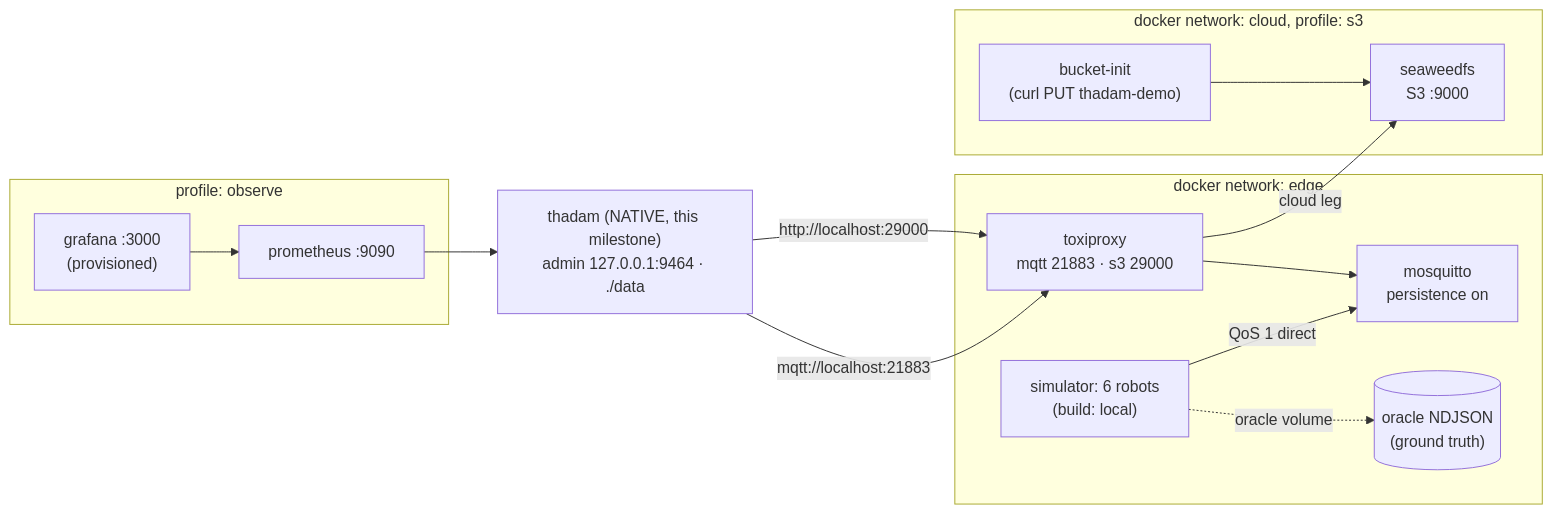
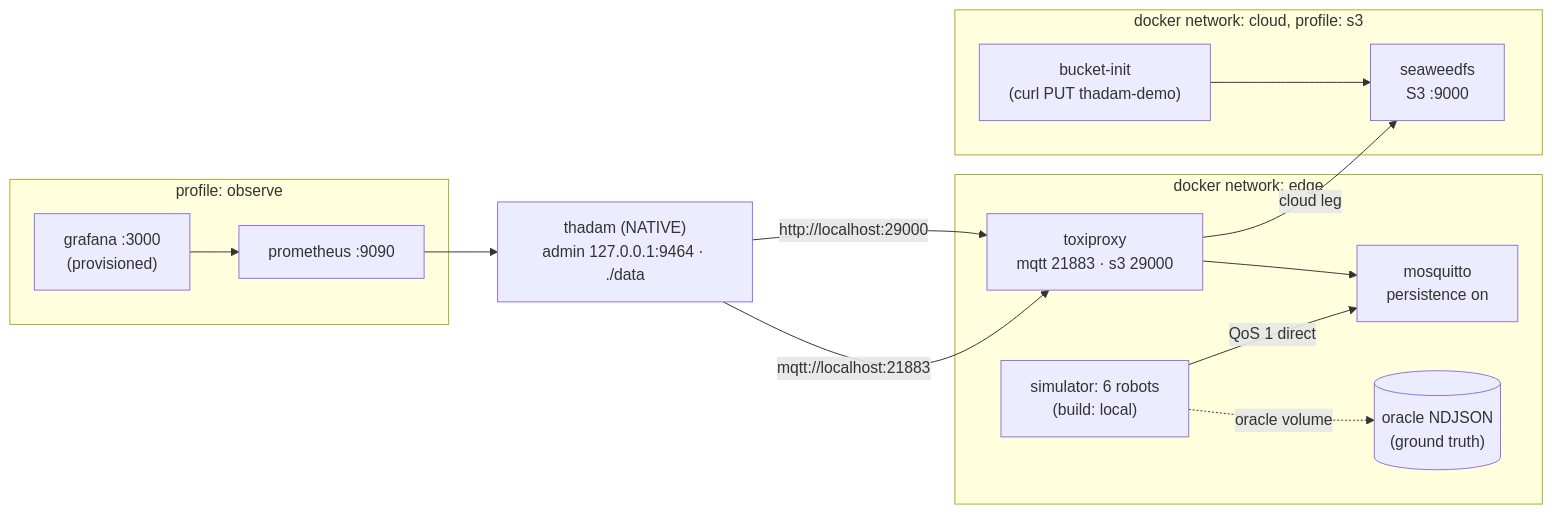
The diagram in examples/edge-capture/README.md (Dineshkarthik/thadam), drawn with Mermaid before and after one commit. The commit also changed other lines of this file and 7 other files, not shown here.

````diff
--- a/examples/edge-capture/README.md
+++ b/examples/edge-capture/README.md
@@ -12,20 +12,20 @@
 ```mermaid
 flowchart LR
   subgraph edgeNet [docker network: edge]
     sim["simulator: 6 robots\n(build: local)"] -->|"QoS 1 direct"| mosq["mosquitto\npersistence on"]
     sim -.->|"oracle volume"| oracle[("oracle NDJSON\n(ground truth)")]
     tox["toxiproxy\nmqtt 21883 · s3 29000"] --> mosq
   end
   subgraph cloudNet [docker network: cloud, profile: s3]
     weed["seaweedfs\nS3 :9000"]
     init["bucket-init\n(curl PUT thadam-demo)"] --> weed
   end
   tox -->|"cloud leg"| weed
-  thadam["thadam (NATIVE, this milestone)\nadmin 127.0.0.1:9464 · ./data"] -->|"mqtt://localhost:21883"| tox
+  thadam["thadam (NATIVE)\nadmin 127.0.0.1:9464 · ./data"] -->|"mqtt://localhost:21883"| tox
   thadam -->|"http://localhost:29000"| tox
   subgraph obs [profile: observe]
     prom["prometheus :9090"]
     graf["grafana :3000\n(provisioned)"] --> prom
   end
   prom --> thadam
 ```
````
